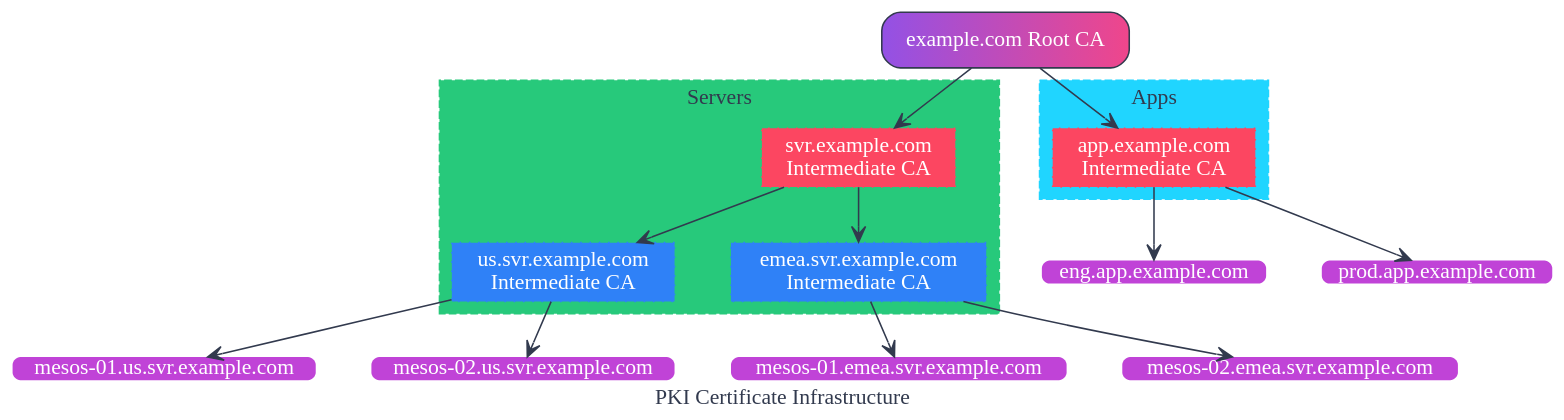
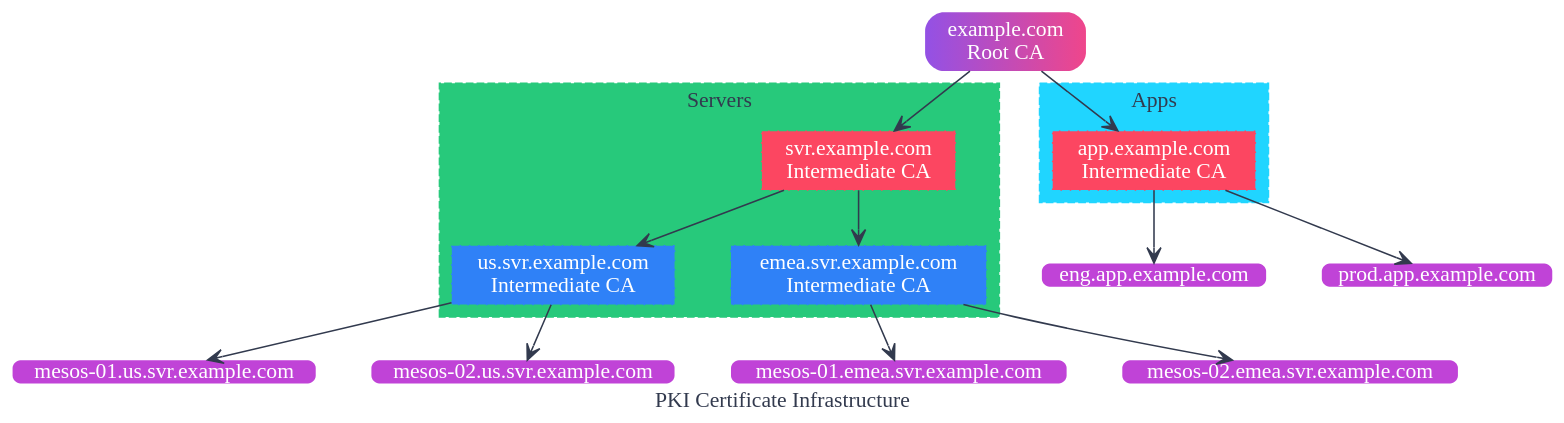
One commit to mesosphere-backup/secure-mesos-workshop changed the diagram in figures/dot/certificate-infrastructure.dot. Above: the diagram before and after it, drawn with Graphviz. The commit also changed 25 other files, not shown here.

```diff
--- a/figures/dot/certificate-infrastructure.dot
+++ b/figures/dot/certificate-infrastructure.dot
@@ -1,145 +1,145 @@
 // Mesosphere Colorscheme
 // MESOSPHERE_HELIOTROPE     #9351E5
 // MESOSPHERE_SPACE_GRAY     #323A4E
 // MESOSPHERE_MERCURY_PINK   #EF468B
 // MESOSPHERE_VENUS_YELLOW   #FEDF57
 // MESOSPHERE_EARTH_BLUE     #2F81F7
 // MESOSPHERE_MARS_RED       #FC4661
 // MESOSPHERE_JUPYTER_ORANGE #2F81F7
 // MESOSPHERE_SATURN_ORCHID  #C043D7
 // MESOSPHERE_URANUS_GREEN   #27C97B
 // MESOSPHERE_NEPTUNE_CYAN   #20D5FF
 
 digraph G {
   graph [
     bgcolor="transparent"
     fontcolor="#323a4e"
     fontname="Source Sans Pro"
     label="PKI Certificate Infrastructure"
     nodesep="0.5"
     // ranksep="0.75"
     // rankdir="LR"
     // splines=ortho
   ]
 
   node [
-    color="#323a4e"
+    color="transparent"
     fillcolor="#9351e5:#ef468b"
     fontcolor="white"
     fontname="Source Sans Pro"
     shape="box"
     style="rounded,filled"
   ]
 
   edge [
     color="#323a4e"
     fontcolor="#323a4e"
     fontname="Source Sans Pro"
     arrowhead="vee"
     arrowtail="vee"
   ]
 
   # Nodes
-  ROOT_CA [label="example.com Root CA"]
+  ROOT_CA [label="example.com\nRoot CA"]
 
   # Custom Nodes
   I_CA_1 [
     color="#FC4661"
     fillcolor="#FC4661"
     label="svr.example.com\nIntermediate CA"
     style="dotted,filled"
   ]
 
   I_CA_2 [
     color="#FC4661"
     fillcolor="#FC4661"
     label="app.example.com\nIntermediate CA"
     style="dotted,filled"
   ]
 
   I_CA_1_1 [
     color="#2F81F7"
     fillcolor="#2F81F7"
     label="us.svr.example.com\nIntermediate CA"
     style="dotted,filled"
   ]
 
   I_CA_1_2 [
     color="#2F81F7"
     fillcolor="#2F81F7"
     label="emea.svr.example.com\nIntermediate CA"
     style="dotted,filled"
   ]
 
   L_US_SVR_1 [
     fillcolor="#C043D7"
     label="mesos-01.us.svr.example.com"
     shape="plain"
     
   ]
 
   L_US_SVR_2 [
     fillcolor="#C043D7"
     label="mesos-02.us.svr.example.com"
     shape="plain"
     
   ]
 
   L_EMEA_SVR_1 [
     fillcolor="#C043D7"
     label="mesos-01.emea.svr.example.com"
     shape="plain"
     
   ]
 
   L_EMEA_SVR_2 [
     fillcolor="#C043D7"
     label="mesos-02.emea.svr.example.com"
     shape="plain"
     
   ]
 
   L_APP_1[
     fillcolor="#C043D7"
     label="eng.app.example.com"
     shape="plain"
     
   ]
 
   L_APP_2[
     fillcolor="#C043D7"
     label="prod.app.example.com"
     shape="plain"
     
   ]
 
   subgraph cluster_server {
       color="#27C97B"
       fillcolor="#27C97B"
       label="Servers"
       style="dashed,filled"
       I_CA_1
       I_CA_1_1
       I_CA_1_2
   }
 
   subgraph cluster_app {
       color="#20D5FF"
       fillcolor="#20D5FF"
       label="Apps"
       style="dashed,filled"
       I_CA_2
   }
 
   # Edges
   ROOT_CA -> {I_CA_1, I_CA_2}
   I_CA_1 -> {I_CA_1_1, I_CA_1_2}
   I_CA_2 -> {L_APP_1, L_APP_2}
   I_CA_1_1 -> {L_US_SVR_1, L_US_SVR_2}
   I_CA_1_2 -> {L_EMEA_SVR_1, L_EMEA_SVR_2}
 
   # Layout tweaks
   // {rank=same; ROOT_CA}
   // {rank=same; I_CA_1, I_CA_2}
   // {rank=same; I_CA_1_1, I_CA_1_2}
 }
```
